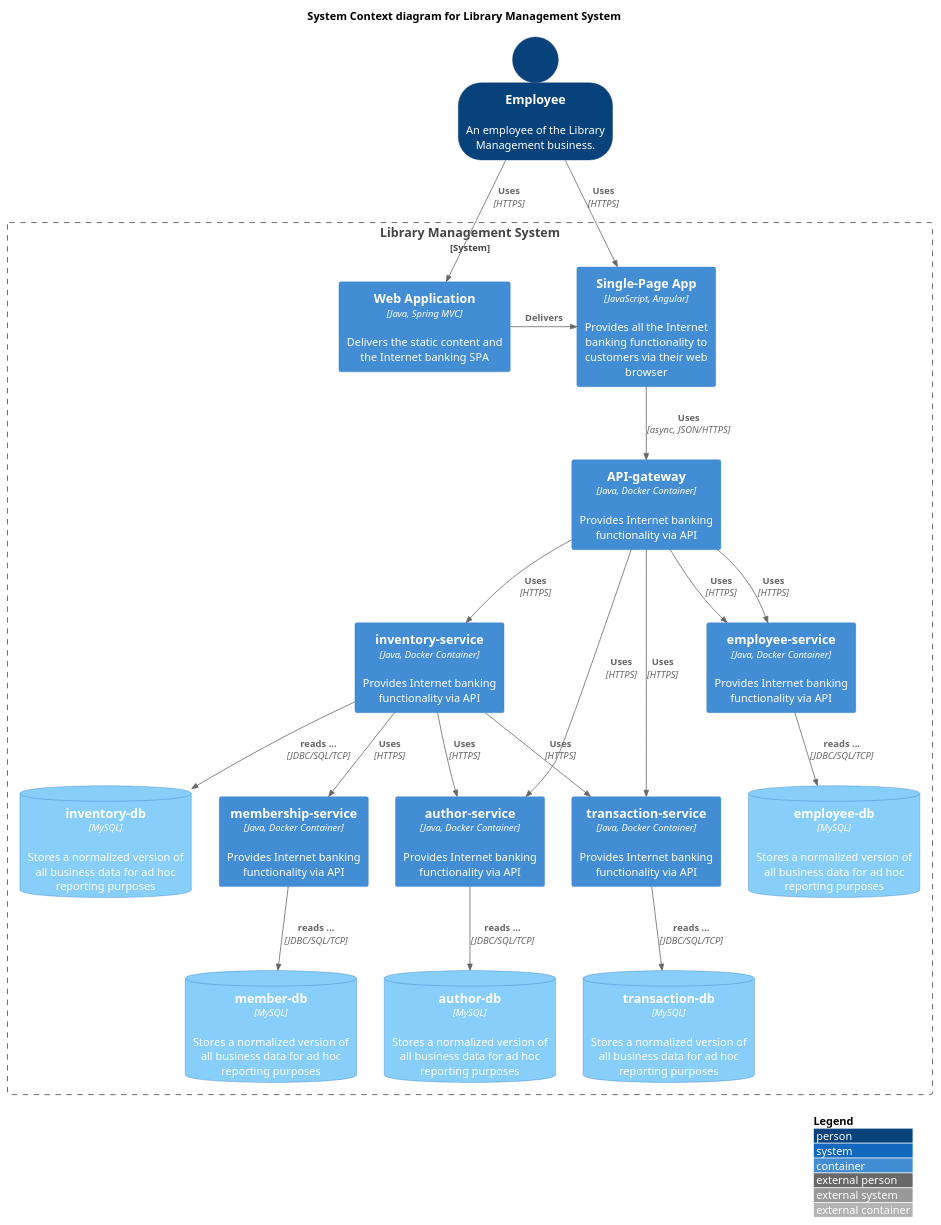
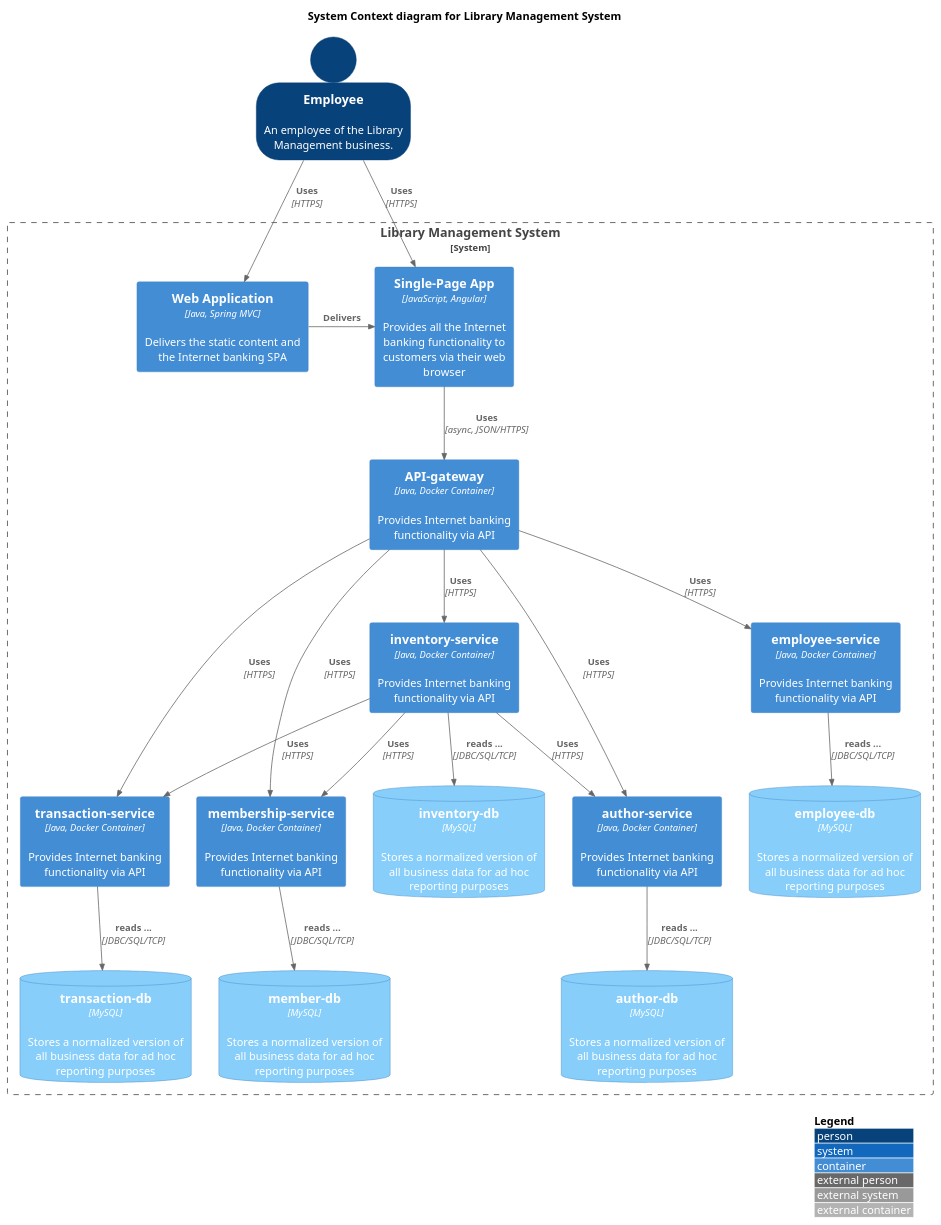
The diagram in LibraryManagementC4Level1.puml (ClaytonTKC/LibraryManagement), drawn with PlantUML before and after one commit.

Commit message:
Updated C4 diagram with correct relationships

```diff
--- a/LibraryManagementC4Level1.puml
+++ b/LibraryManagementC4Level1.puml
@@ -1,58 +1,58 @@
 @startuml
 !include https://raw.githubusercontent.com/plantuml-stdlib/C4-PlantUML/master/C4_Container.puml
 ' uncomment the following line and comment the first to use locally
 ' !include C4_Container.puml
 
 ' LAYOUT_TOP_DOWN()
 ' LAYOUT_AS_SKETCH()
 LAYOUT_WITH_LEGEND()
 AddElementTag("microService", $shape=EightSidedShape(), $bgColor="CornflowerBlue", $fontColor="white", $legendText="micro service\neight sided")
 AddElementTag("storage", $shape=RoundedBoxShape(), $bgColor="lightSkyBlue", $fontColor="white")
 
 SHOW_PERSON_OUTLINE()
 
 title System Context diagram for Library Management System
 
 Person(employee, "Employee", "An employee of the Library Management business.")
 
 
 System_Boundary(c1, "Library Management System") {
     Container(web_app, "Web Application", "Java, Spring MVC", "Delivers the static content and the Internet banking SPA")
     Container(spa, "Single-Page App", "JavaScript, Angular", "Provides all the Internet banking functionality to customers via their web browser")
     Container(api_gateway, "API-gateway", "Java, Docker Container", "Provides Internet banking functionality via API")
     Container(ts, "transaction-service", "Java, Docker Container", "Provides Internet banking functionality via API")
     Container(ms, "membership-service", "Java, Docker Container", "Provides Internet banking functionality via API")
     Container(is, "inventory-service", "Java, Docker Container", "Provides Internet banking functionality via API")
     Container(as, "author-service", "Java, Docker Container", "Provides Internet banking functionality via API")
     Container(es, "employee-service", "Java, Docker Container", "Provides Internet banking functionality via API")
 ContainerDb(memb_db, "member-db", "MySQL", "Stores a normalized version of all business data for ad hoc reporting purposes", $tags = "storage")
 ContainerDb(empl_db, "employee-db", "MySQL", "Stores a normalized version of all business data for ad hoc reporting purposes", $tags = "storage")
 ContainerDb(invent_db, "inventory-db", "MySQL", "Stores a normalized version of all business data for ad hoc reporting purposes", $tags = "storage")
 ContainerDb(author_db, "author-db", "MySQL", "Stores a normalized version of all business data for ad hoc reporting purposes", $tags = "storage")
 ContainerDb(trans_db, "transaction-db", "MySQL", "Stores a normalized version of all business data for ad hoc reporting purposes", $tags = "storage")
 }
 
 Rel_Neighbor(web_app, spa, "Delivers")
 Rel(spa, api_gateway, "Uses", "async, JSON/HTTPS")
 
 Rel(employee, web_app, "Uses", "HTTPS")
 Rel(employee, spa, "Uses", "HTTPS")
 
 Rel(api_gateway, ts, "Uses", "HTTPS")
 Rel(api_gateway, es, "Uses", "HTTPS")
 Rel(api_gateway, is, "Uses", "HTTPS")
 Rel(api_gateway, as, "Uses", "HTTPS")
-Rel(api_gateway, es, "Uses", "HTTPS")
+Rel(api_gateway, ms, "Uses", "HTTPS")
 
 Rel(is, as, "Uses", "HTTPS")
 Rel(is, ms, "Uses", "HTTPS")
 Rel(is, ts, "Uses", "HTTPS")
 
 
 Rel_D(as, author_db, "reads ...", "JDBC/SQL/TCP")
 Rel_D(es, empl_db, "reads ...", "JDBC/SQL/TCP")
 Rel_D(is, invent_db, "reads ...", "JDBC/SQL/TCP")
 Rel_D(ms, memb_db, "reads ...", "JDBC/SQL/TCP")
 Rel_D(ts, trans_db, "reads ...", "JDBC/SQL/TCP")
 
 @enduml
```
